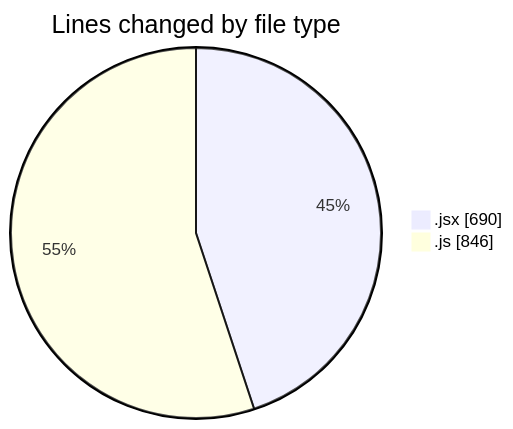
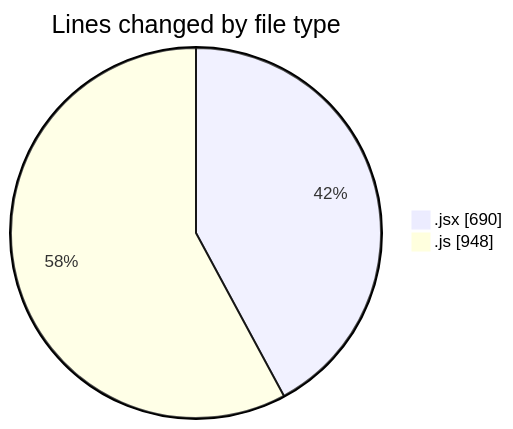
The first of 2 diagrams in 2025-07-25/nxtqube_webapp/README.md (nxtqubesakshisongat/code-tracking), drawn with Mermaid before and after one commit. The commit also changed other lines of this file and 1 other file, not shown here.

````diff
--- a/2025-07-25/nxtqube_webapp/README.md
+++ b/2025-07-25/nxtqube_webapp/README.md
@@ -23,6 +24,6 @@
 ```mermaid
 pie showData
 title Lines changed by file type
 ".jsx" : 690
-".js" : 846
+".js" : 948
 ```
````
